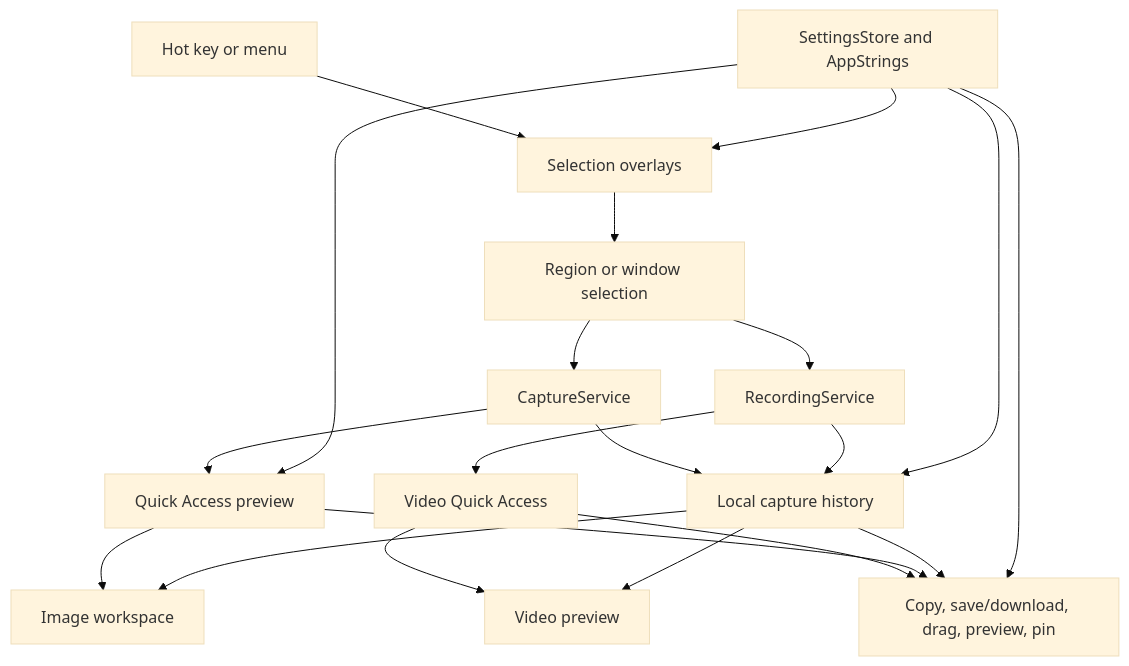
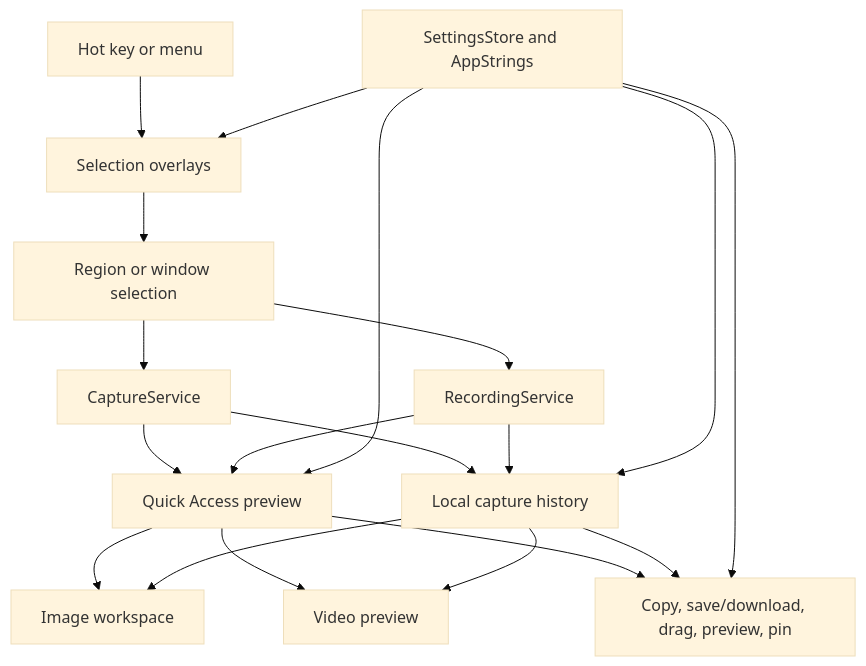
One commit to deweyou/frame changed the diagram in docs/architecture.md. Above: the diagram before and after it, drawn with Mermaid (base theme). The commit also changed other lines of this file and 7 other files, not shown here.

Commit message:
refactor: unify quick access stack

````diff
--- a/docs/architecture.md
+++ b/docs/architecture.md
@@ -3,22 +3,21 @@
 ```mermaid
 flowchart TD
     HotKey[Hot key or menu] --> Overlay[Selection overlays]
     Overlay --> Selection[Region or window selection]
     Selection --> Capture[CaptureService]
     Selection --> Recording[RecordingService]
     Capture --> History[Local capture history]
     Capture --> QuickAccess[Quick Access preview]
     Recording --> History
-    Recording --> VideoQuickAccess[Video Quick Access]
-    VideoQuickAccess --> VideoPreview[Video preview]
-    VideoQuickAccess --> Output
+    Recording --> QuickAccess
+    QuickAccess --> VideoPreview[Video preview]
     QuickAccess --> Output[Copy, save/download, drag, preview, pin]
     QuickAccess --> Workspace[Image workspace]
     History --> Workspace
     History --> VideoPreview
     History --> Output
     Settings[SettingsStore and AppStrings] --> Overlay
     Settings --> QuickAccess
     Settings --> Output
     Settings --> History
 ```
````
